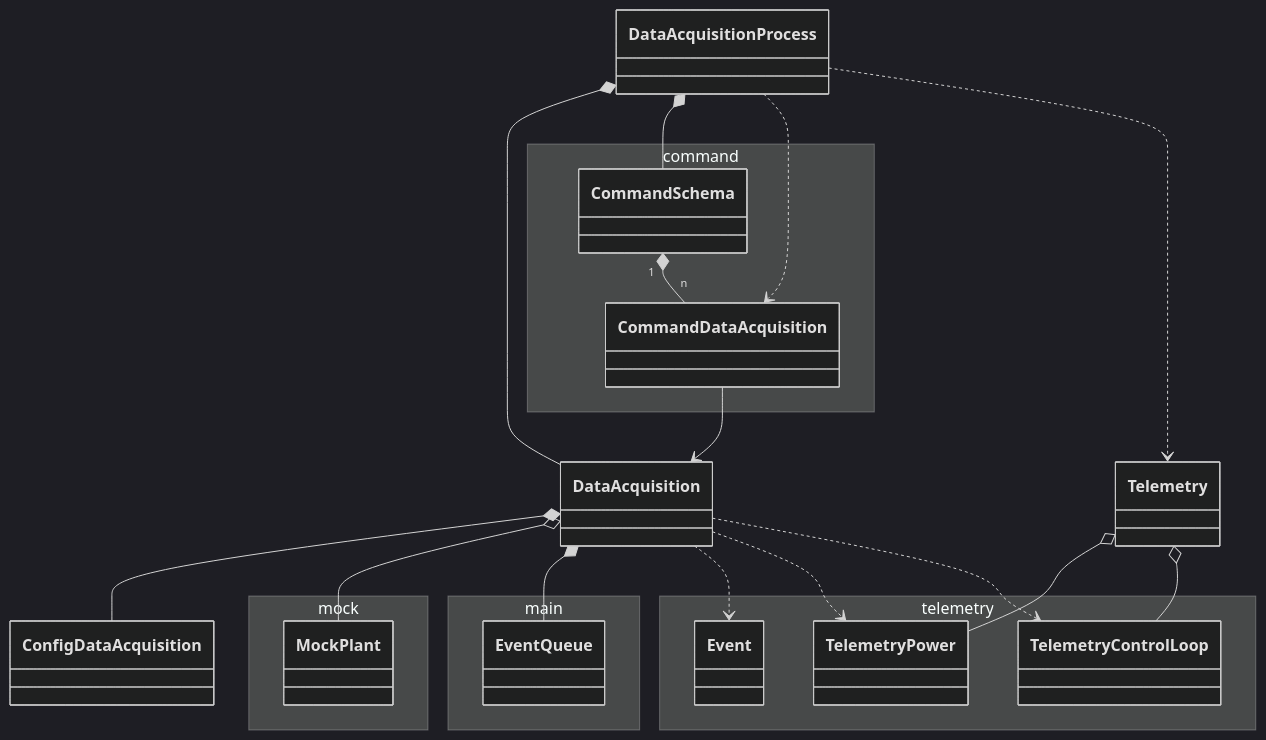
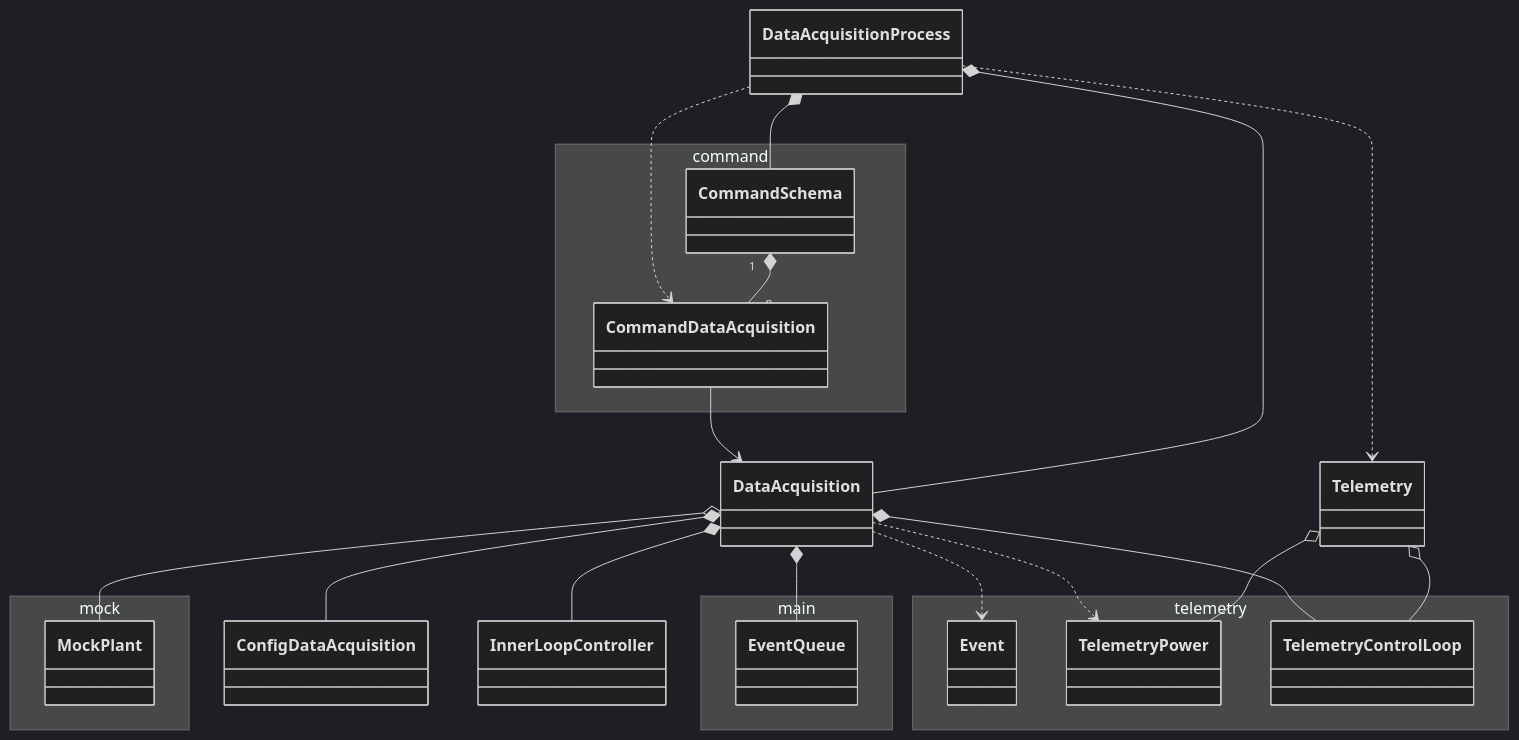
The second of 8 diagrams in doc/class_diagram.md (lsst-ts/ts_mtm2_controller), drawn with Mermaid (dark theme) before and after one commit. The commit also changed other lines of this file and 2 other files, not shown here.

Commit message:
Update the documents.

````diff
--- a/doc/class_diagram.md
+++ b/doc/class_diagram.md
@@ -105,41 +107,42 @@
 ```mermaid
 classDiagram
 
 namespace main {
   class EventQueue
 }
 
 namespace mock {
   class MockPlant
 }
 
 namespace telemetry {
   class Event
   class TelemetryPower
   class TelemetryControlLoop
 }
 
 Telemetry o-- TelemetryPower
 Telemetry o-- TelemetryControlLoop
 
 namespace command {
   class CommandSchema
   class CommandDataAcquisition
 }
 
 CommandSchema "1" *-- "n" CommandDataAcquisition
 
 DataAcquisitionProcess *-- DataAcquisition
 DataAcquisitionProcess *-- CommandSchema
 DataAcquisitionProcess ..> CommandDataAcquisition
 DataAcquisitionProcess ..> Telemetry
 
 CommandDataAcquisition --> DataAcquisition
 
 DataAcquisition *-- ConfigDataAcquisition
 DataAcquisition o-- MockPlant
 DataAcquisition *-- EventQueue
+DataAcquisition *-- InnerLoopController
+DataAcquisition *-- TelemetryControlLoop
 DataAcquisition ..> Event
 DataAcquisition ..> TelemetryPower
-DataAcquisition ..> TelemetryControlLoop
 ```
````
